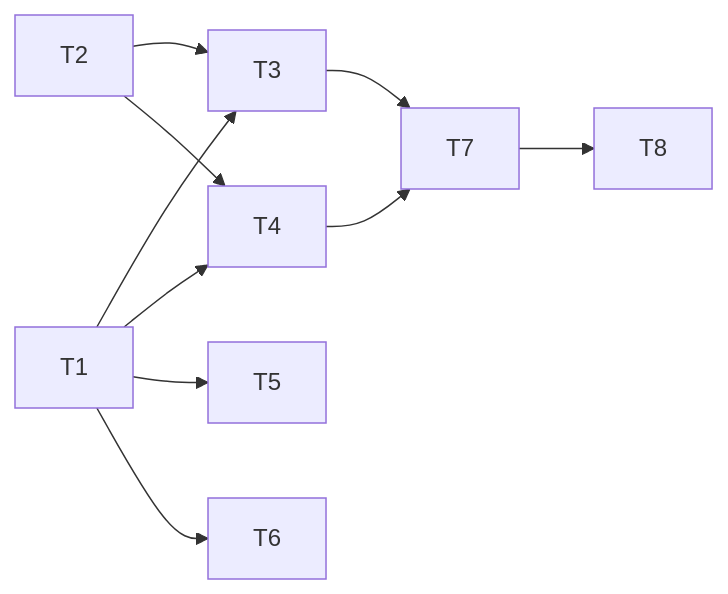
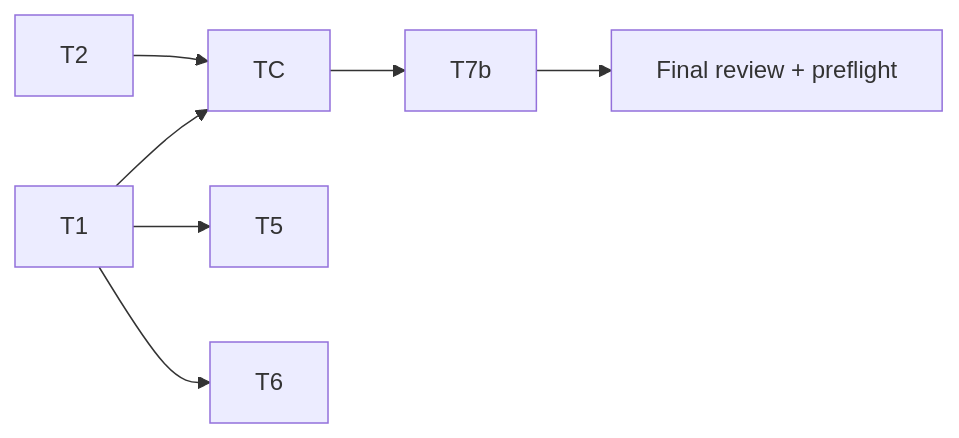
Before and after one commit to abankowski/mcpmem: the diagram in docs/superpowers/plans/2026-09-14-relation-observations-and-attributes.md, drawn with Mermaid. The commit also changed other lines of this file, not shown here.

````diff
--- a/docs/superpowers/plans/2026-09-14-relation-observations-and-attributes.md
+++ b/docs/superpowers/plans/2026-09-14-relation-observations-and-attributes.md
@@ -28,12 +28,9 @@
 ```mermaid
 flowchart LR
-  T1 --> T3
-  T1 --> T4
+  T1 --> TC
   T1 --> T5
   T1 --> T6
-  T2 --> T3
-  T2 --> T4
-  T3 --> T7
-  T4 --> T7
-  T7 --> T8
+  T2 --> TC
+  TC --> T7b
+  T7b --> FR[Final review + preflight]
 ```
````
